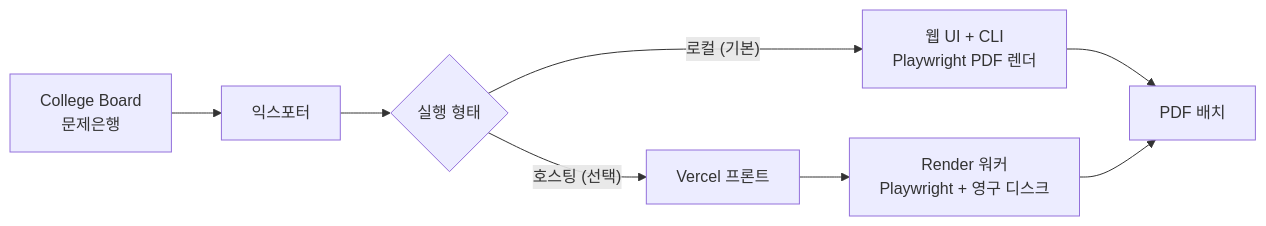
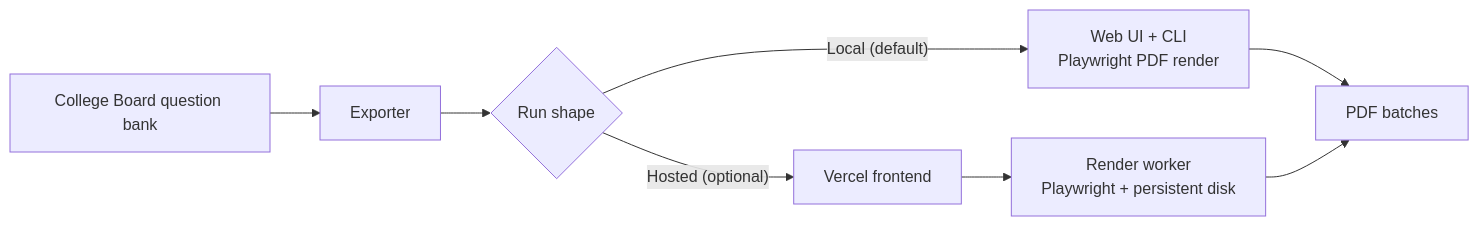
One commit to ianlyoo/sat-qbank-exporter changed the diagram in README.md. Above: the diagram before and after it, drawn with Mermaid. The commit also changed other lines of this file and 4 other files, not shown here.

````diff
--- a/README.md
+++ b/README.md
@@ -18,10 +61,10 @@
 ```mermaid
 flowchart LR
-    A[College Board<br/>문제은행] --> B[익스포터]
-    B --> C{실행 형태}
-    C -- "로컬 (기본)" --> D[웹 UI + CLI<br/>Playwright PDF 렌더]
-    C -- "호스팅 (선택)" --> E[Vercel 프론트]
-    E --> F[Render 워커<br/>Playwright + 영구 디스크]
-    D --> G[PDF 배치]
-    F --> G
+  A[College Board question bank] --> B[Exporter]
+  B --> C{Run shape}
+  C -- "Local (default)" --> D[Web UI + CLI<br/>Playwright PDF render]
+  C -- "Hosted (optional)" --> E[Vercel frontend]
+  E --> F[Render worker<br/>Playwright + persistent disk]
+  D --> G[PDF batches]
+  F --> G
 ```
````
